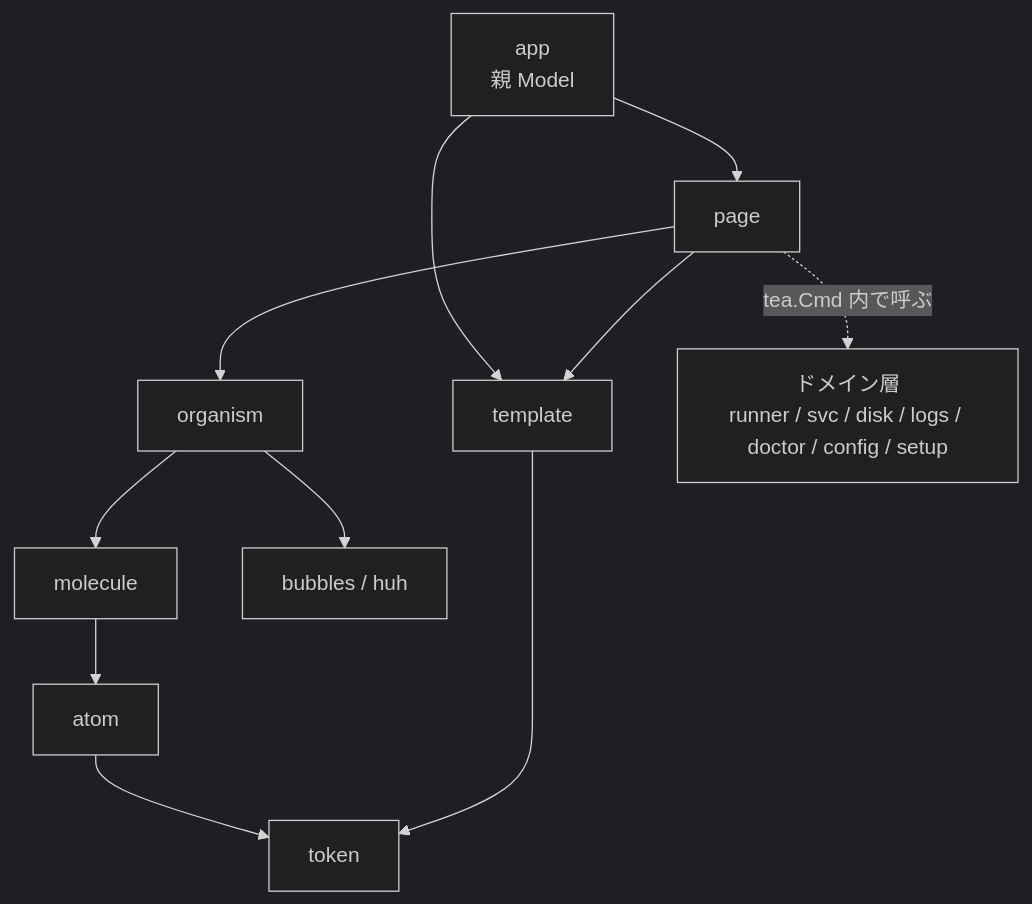
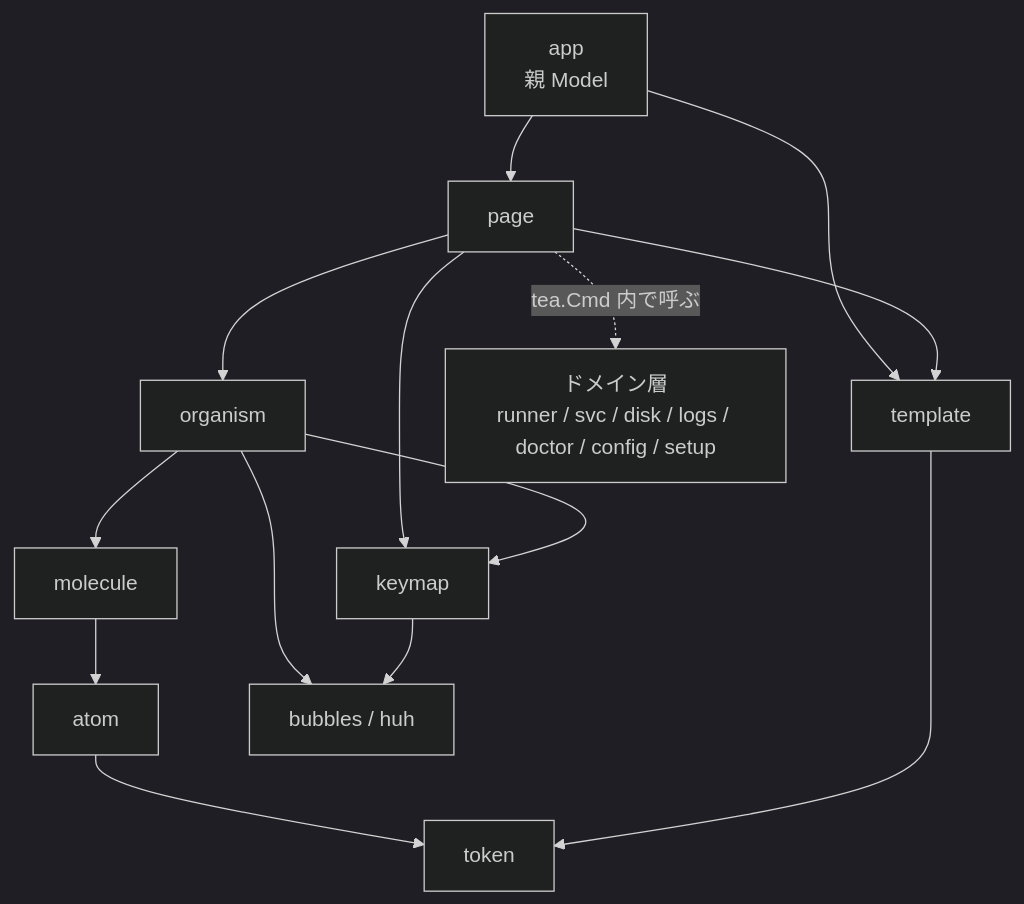
Before and after one commit to ousiassllc/gsr-helper: the second of 2 diagrams in docs/ui/atomic-design.md, drawn with Mermaid (dark theme). The commit also changed other lines of this file and 4 other files, not shown here.

````diff
--- a/docs/ui/atomic-design.md
+++ b/docs/ui/atomic-design.md
@@ -68,24 +72,28 @@
 ```mermaid
 graph TD
     App[app<br/>親 Model]
     Page[page]
     Tmpl[template]
     Org[organism]
     Mol[molecule]
     Atom[atom]
     Tok[token]
+    Key[keymap]
 
     Domain[ドメイン層<br/>runner / svc / disk / logs / doctor / config / setup]
     Bub[bubbles / huh]
 
     App --> Page
     App --> Tmpl
     Page --> Tmpl
     Page --> Org
+    Page --> Key
     Page -.->|tea.Cmd 内で呼ぶ| Domain
     Org --> Mol
     Org --> Bub
+    Org --> Key
     Mol --> Atom
     Atom --> Tok
     Tmpl --> Tok
+    Key --> Bub
 ```
````
